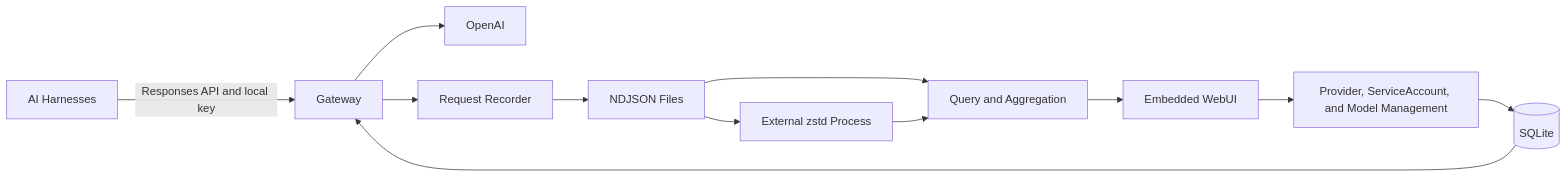
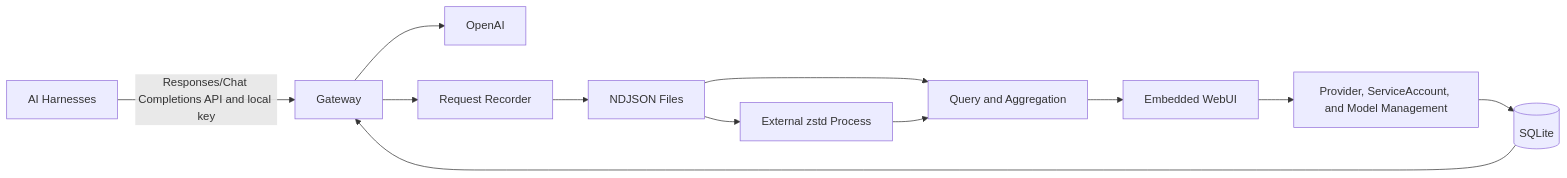
Before and after one commit to gosuda/gyemoim: the diagram in docs/design.md, drawn with Mermaid. The commit also changed other lines of this file and 11 other files, not shown here.

````diff
--- a/docs/design.md
+++ b/docs/design.md
@@ -108,14 +69,14 @@
 ```mermaid
 flowchart LR
-    H[AI Harnesses] -->|Responses API and local key| G[Gateway]
+    H[AI Harnesses] -->|Responses/Chat Completions API and local key| G[Gateway]
     G --> O[OpenAI]
     U[Embedded WebUI] --> C[Provider, ServiceAccount, and Model Management]
     C --> S[(SQLite)]
     S --> G
     G --> R[Request Recorder]
     R --> N[NDJSON Files]
     N --> Z[External zstd Process]
     N --> A[Query and Aggregation]
     Z --> A
     A --> U
 ```
````
